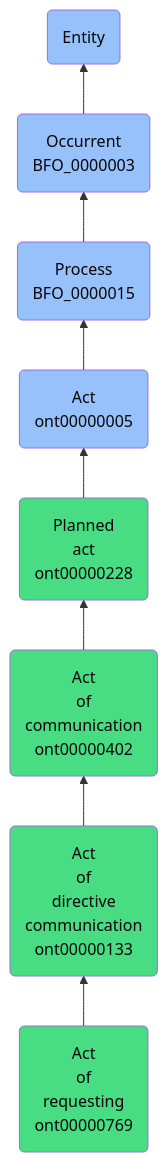
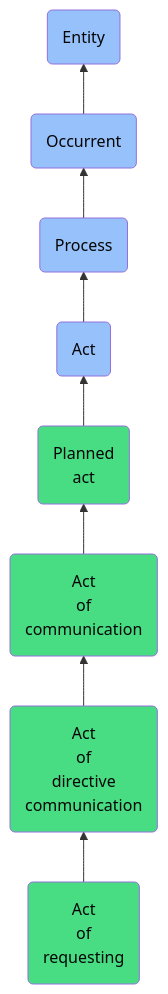
One commit to jupyter-naas/abi changed the diagram in docs/ontology/reference/model/Entity/Occurrent/Process/Act/Planned act/Act of communication/Act of directive communication/Act of requesting/Act of requesting.md. Above: the diagram before and after it, drawn with Mermaid. The commit also changed other lines of this file and 1430 other files, not shown here.

````diff
--- a/docs/ontology/reference/model/Entity/Occurrent/Process/Act/Planned act/Act of communication/Act of directive communication/Act of requesting/Act of requesting.md
+++ b/docs/ontology/reference/model/Entity/Occurrent/Process/Act/Planned act/Act of communication/Act of directive communication/Act of requesting/Act of requesting.md
@@ -24,15 +24,15 @@
 ```mermaid
 graph BT
-    ont00000769(Act<br>of<br>requesting<br>ont00000769):::ABI-->ont00000133
-    ont00000133(Act<br>of<br>directive<br>communication<br>ont00000133):::ABI-->ont00000402
-    ont00000402(Act<br>of<br>communication<br>ont00000402):::ABI-->ont00000228
-    ont00000228(Planned<br>act<br>ont00000228):::ABI-->ont00000005
-    ont00000005(Act<br>ont00000005):::BFO-->BFO_0000015
-    BFO_0000015(Process<br>BFO_0000015):::BFO-->BFO_0000003
-    BFO_0000003(Occurrent<br>BFO_0000003):::BFO-->BFO_0000001
+    ont00000769(Act<br>of<br>requesting):::ABI-->ont00000133
+    ont00000133(Act<br>of<br>directive<br>communication):::ABI-->ont00000402
+    ont00000402(Act<br>of<br>communication):::ABI-->ont00000228
+    ont00000228(Planned<br>act):::ABI-->ont00000005
+    ont00000005(Act):::BFO-->BFO_0000015
+    BFO_0000015(Process):::BFO-->BFO_0000003
+    BFO_0000003(Occurrent):::BFO-->BFO_0000001
     BFO_0000001(Entity):::BFO
     
     classDef BFO fill:#97c1fb,color:#060606
     classDef CCO fill:#e4c51e,color:#060606
     classDef ABI fill:#48DD82,color:#060606
 ```
````
